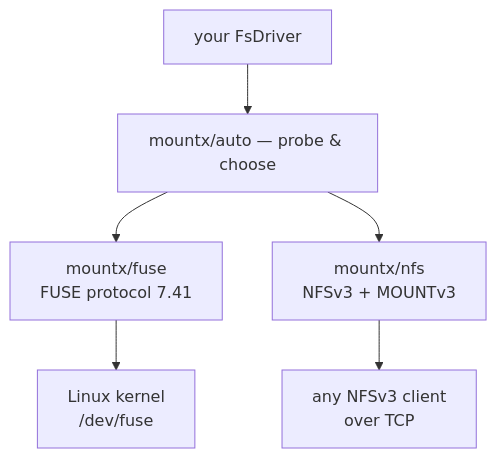
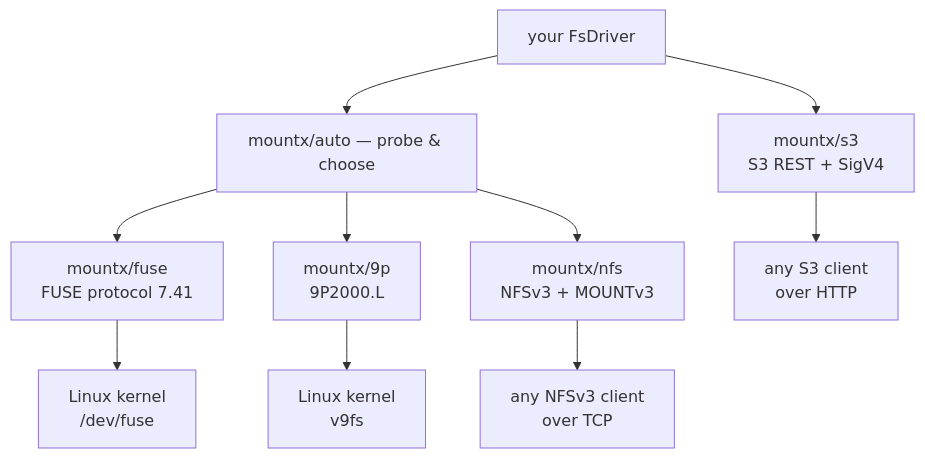
One commit to pithings/mountx changed the diagram in docs/2.transports/0.index.md. Above: the diagram before and after it, drawn with Mermaid. The commit also changed other lines of this file and 55 other files, not shown here.

````diff
--- a/docs/2.transports/0.index.md
+++ b/docs/2.transports/0.index.md
@@ -12,14 +12,22 @@
 ```mermaid
 graph TB
   driver["your FsDriver"]
   auto["mountx/auto — probe & choose"]
   fuse["mountx/fuse<br/>FUSE protocol 7.41"]
+  p9["mountx/9p<br/>9P2000.L"]
   nfs["mountx/nfs<br/>NFSv3 + MOUNTv3"]
   klinux["Linux kernel<br/>/dev/fuse"]
+  kv9fs["Linux kernel<br/>v9fs"]
   knfs["any NFSv3 client<br/>over TCP"]
+  s3["mountx/s3<br/>S3 REST + SigV4"]
+  ks3["any S3 client<br/>over HTTP"]
   driver --> auto
+  driver --> s3
   auto --> fuse
+  auto --> p9
   auto --> nfs
   fuse --> klinux
+  p9 --> kv9fs
   nfs --> knfs
+  s3 --> ks3
 ```
````
